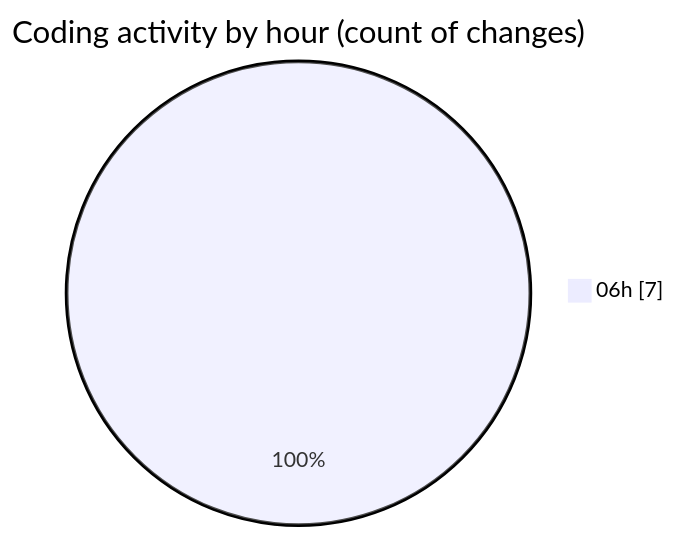
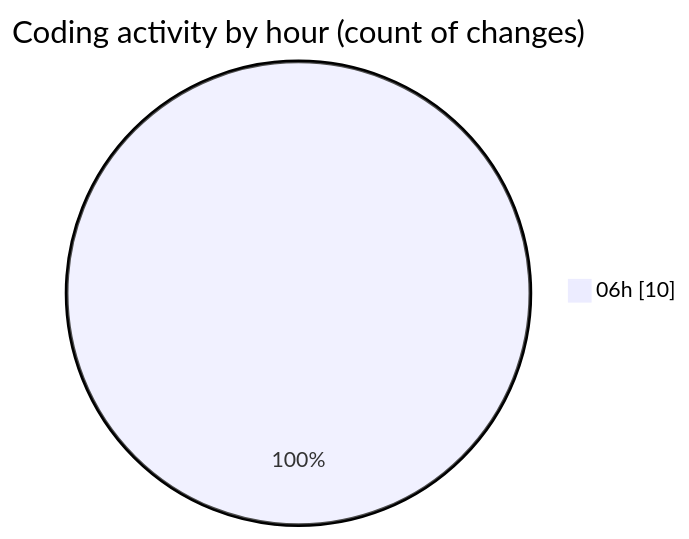
One commit to EIIisD/code-tracking changed the second of 2 diagrams in 2025-08-04/tw-server/README.md. Above: the diagram before and after it, drawn with Mermaid. The commit also changed other lines of this file and 1 other file, not shown here.

````diff
--- a/2025-08-04/tw-server/README.md
+++ b/2025-08-04/tw-server/README.md
@@ -34,5 +35,5 @@
 ```mermaid
 pie showData
 title Coding activity by hour (count of changes)
-"06h" : 7
+"06h" : 10
 ```
````
